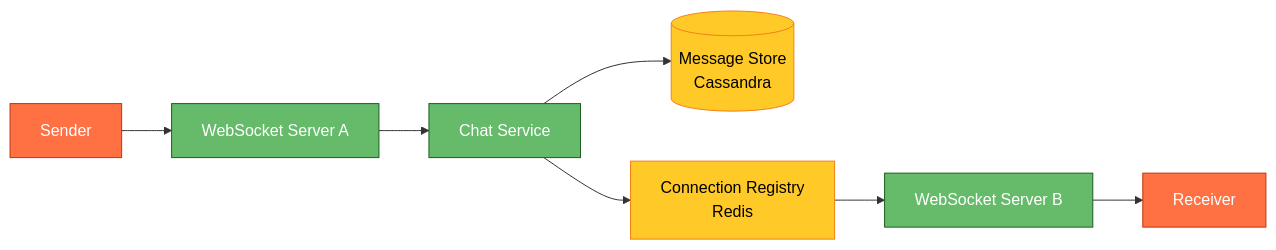
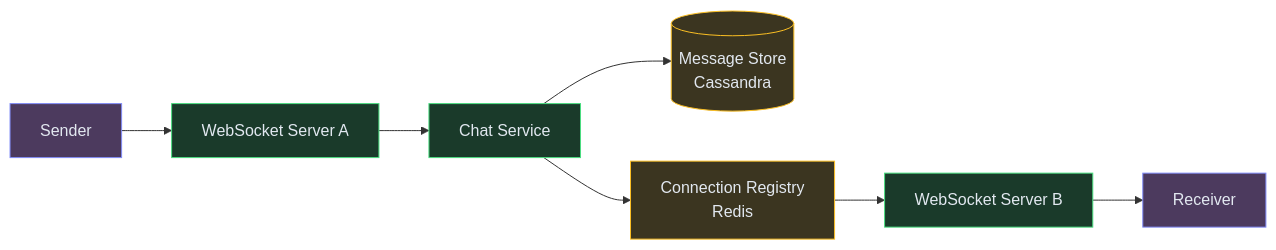
One commit to iluzn/HLD-Designs changed the third of 6 diagrams in content/hld/ChatSystem.md. Above: the diagram before and after it, drawn with Mermaid. The commit also changed other lines of this file and 11 other files, not shown here.

Commit message:
Fix: softer mermaid colors, theme toggle always visible on mobile, consistent across all pages

````diff
--- a/content/hld/ChatSystem.md
+++ b/content/hld/ChatSystem.md
@@ -171,21 +171,21 @@
 ```mermaid
 flowchart LR
     SENDER["Sender"]:::client
     WS1["WebSocket Server A"]:::service
     CHAT["Chat Service"]:::service
     STORE[("Message Store<br/>Cassandra")]:::data
     ROUTE["Connection Registry<br/>Redis"]:::data
     WS2["WebSocket Server B"]:::service
     RECEIVER["Receiver"]:::client
 
     SENDER --> WS1
     WS1 --> CHAT
     CHAT --> STORE
     CHAT --> ROUTE
     ROUTE --> WS2
     WS2 --> RECEIVER
 
-    classDef client fill:#FF7043,stroke:#BF360C,color:#fff
-    classDef service fill:#66BB6A,stroke:#1B5E20,color:#fff
-    classDef data fill:#FFCA28,stroke:#F57F17,color:#000
+    classDef client fill:#4c3a5e,stroke:#818cf8,color:#e2e8f0
+    classDef service fill:#1a3a2a,stroke:#4ade80,color:#e2e8f0
+    classDef data fill:#3b3520,stroke:#fbbf24,color:#e2e8f0
 ```
````
